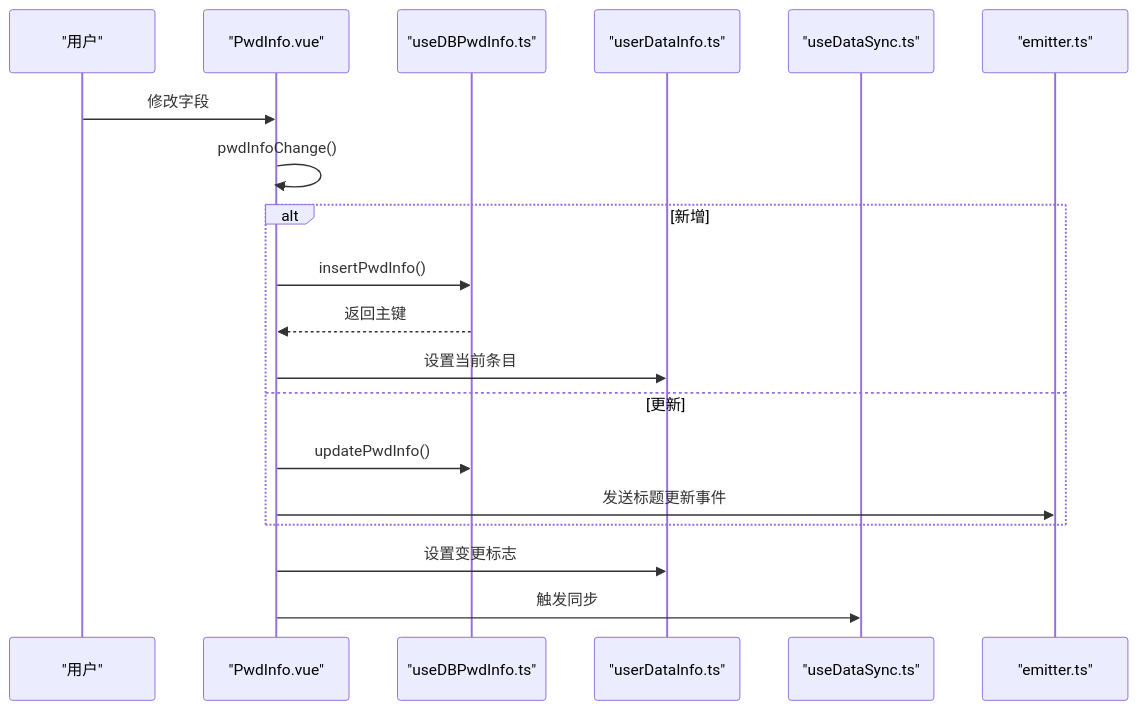
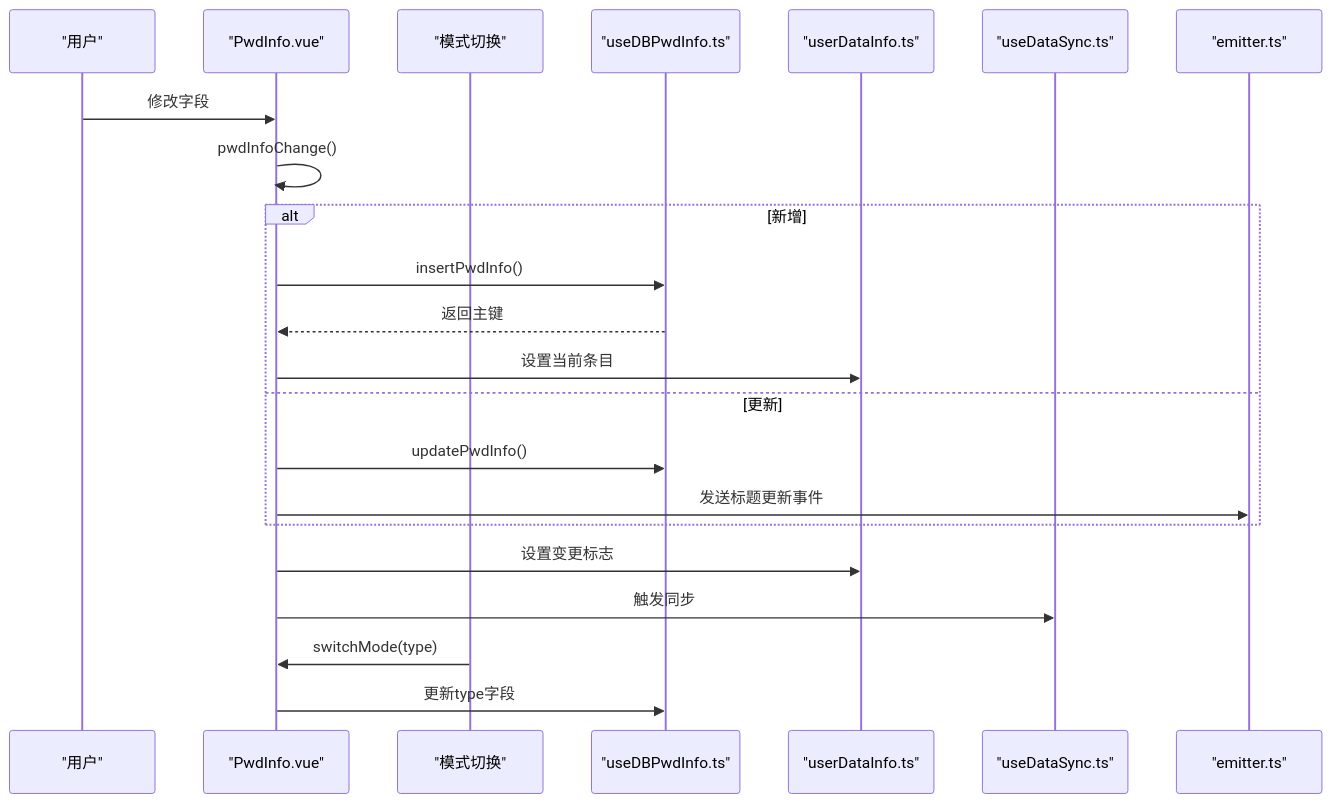
The third of 8 diagrams in .qoder/repowiki/zh/content/前端组件系统/密码管理组件.md (scgithub3220216/password-manager), drawn with Mermaid before and after one commit. The commit also changed other lines of this file and 17 other files, not shown here.

````diff
--- a/.qoder/repowiki/zh/content/前端组件系统/密码管理组件.md
+++ b/.qoder/repowiki/zh/content/前端组件系统/密码管理组件.md
@@ -171,21 +208,24 @@
 ```mermaid
 sequenceDiagram
 participant User as "用户"
 participant PwdInfo as "PwdInfo.vue"
+participant ModeSwitch as "模式切换"
 participant DB as "useDBPwdInfo.ts"
 participant Store as "userDataInfo.ts"
 participant Sync as "useDataSync.ts"
 participant Emitter as "emitter.ts"
 User->>PwdInfo : 修改字段
 PwdInfo->>PwdInfo : pwdInfoChange()
 alt 新增
 PwdInfo->>DB : insertPwdInfo()
 DB-->>PwdInfo : 返回主键
 PwdInfo->>Store : 设置当前条目
 else 更新
 PwdInfo->>DB : updatePwdInfo()
 PwdInfo->>Emitter : 发送标题更新事件
 end
 PwdInfo->>Store : 设置变更标志
 PwdInfo->>Sync : 触发同步
+ModeSwitch->>PwdInfo : switchMode(type)
+PwdInfo->>DB : 更新type字段
 ```
````
